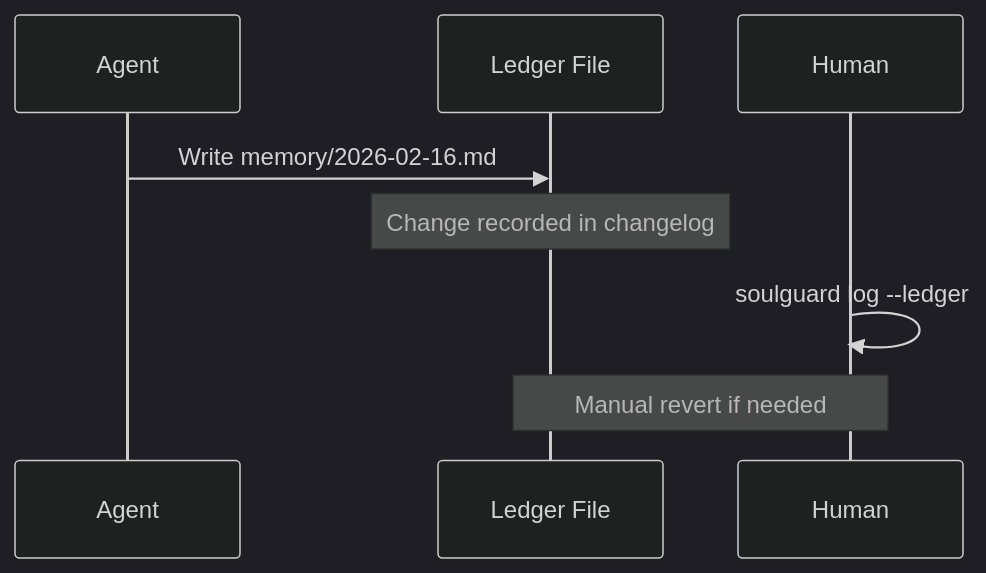
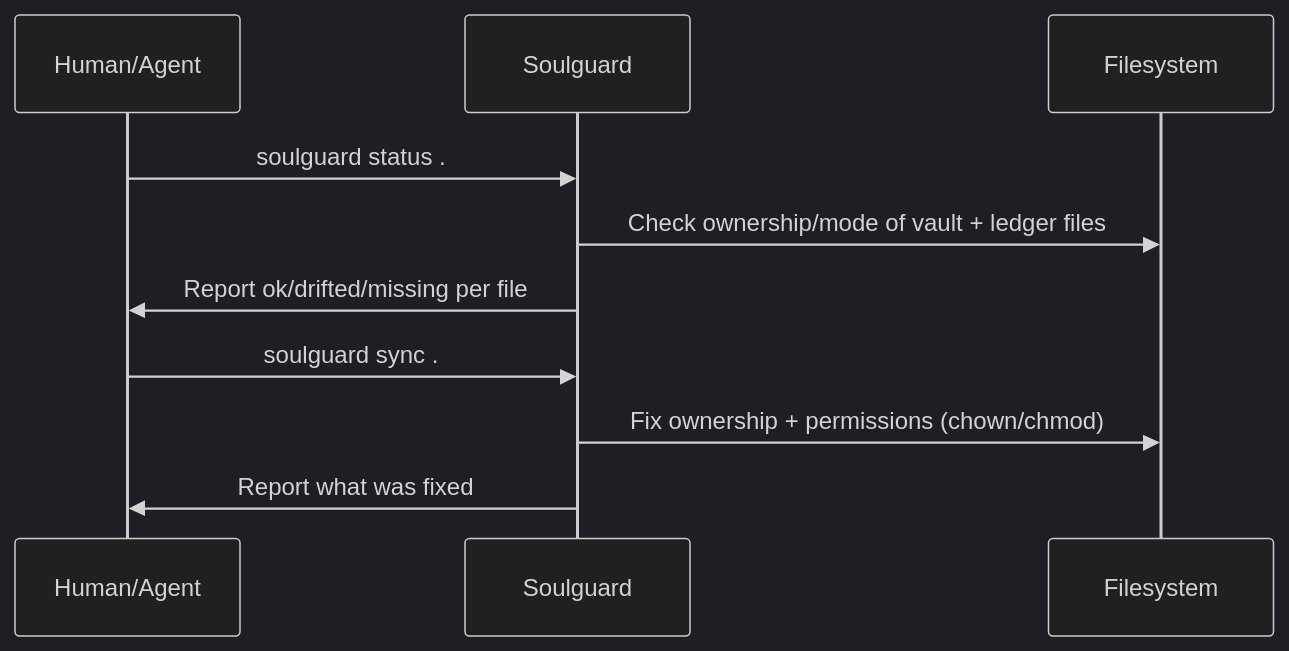
Before and after one commit to Mirascope/soulguard: the third of 3 diagrams in DESIGN.md, drawn with Mermaid (dark theme). The commit also changed other lines of this file and 4 other files, not shown here.

````diff
--- a/DESIGN.md
+++ b/DESIGN.md
@@ -272,11 +174,14 @@
 ```mermaid
 sequenceDiagram
-    participant A as Agent
-    participant L as Ledger File
-    participant H as Human
+    participant H as Human/Agent
+    participant SG as Soulguard
+    participant FS as Filesystem
 
-    A->>L: Write memory/2026-02-16.md
-    Note over L: Change recorded in changelog
-    H->>H: soulguard log --ledger
-    Note over H,L: Manual revert if needed
+    H->>SG: soulguard status .
+    SG->>FS: Check ownership/mode of vault + ledger files
+    SG->>H: Report ok/drifted/missing per file
+
+    H->>SG: soulguard sync .
+    SG->>FS: Fix ownership + permissions (chown/chmod)
+    SG->>H: Report what was fixed
 ```
````
